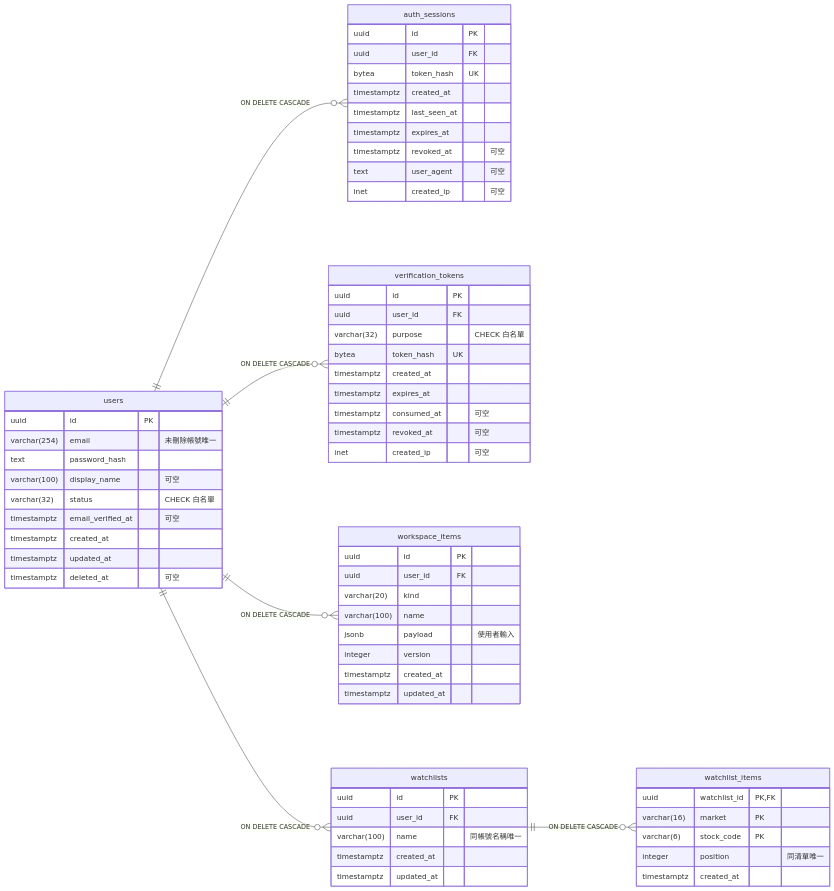
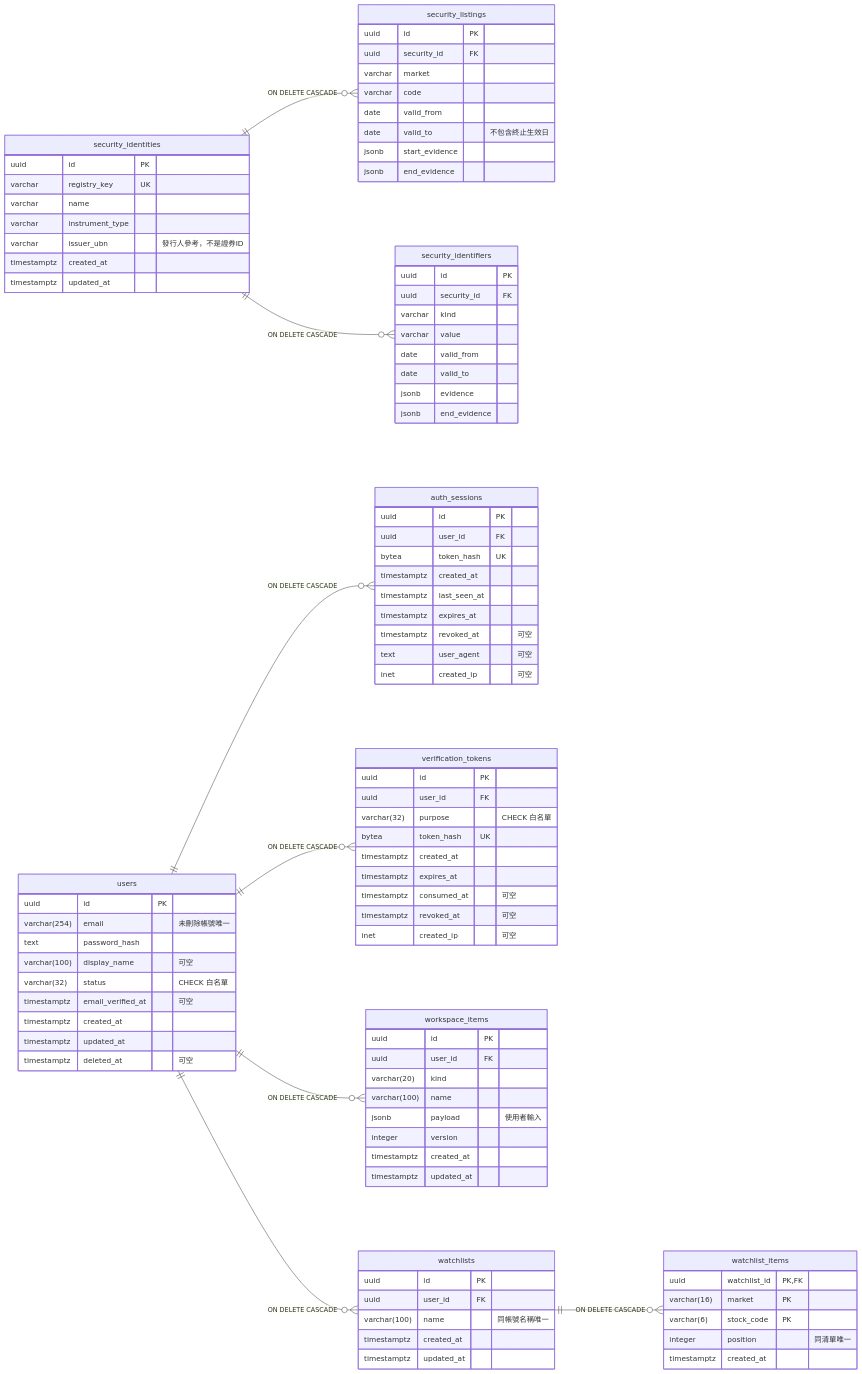
Before and after one commit to tw-stock-analysis/tw-stock-backend: the diagram in docs/database-er.md, drawn with Mermaid. The commit also changed other lines of this file and 29 other files, not shown here.

Commit message:
feat: add evidenced security identities and cross-stock research

````diff
--- a/docs/database-er.md
+++ b/docs/database-er.md
@@ -5,12 +5,43 @@
 ```mermaid
 erDiagram
     direction LR
+    security_identities ||--o{ security_listings : "ON DELETE CASCADE"
+    security_identities ||--o{ security_identifiers : "ON DELETE CASCADE"
     users ||--o{ auth_sessions : "ON DELETE CASCADE"
     users ||--o{ verification_tokens : "ON DELETE CASCADE"
     users ||--o{ workspace_items : "ON DELETE CASCADE"
     users ||--o{ watchlists : "ON DELETE CASCADE"
     watchlists ||--o{ watchlist_items : "ON DELETE CASCADE"
 
+    security_identities {
+        uuid id PK
+        varchar registry_key UK
+        varchar name
+        varchar instrument_type
+        varchar issuer_ubn "發行人參考，不是證券ID"
+        timestamptz created_at
+        timestamptz updated_at
+    }
+    security_listings {
+        uuid id PK
+        uuid security_id FK
+        varchar market
+        varchar code
+        date valid_from
+        date valid_to "不包含終止生效日"
+        jsonb start_evidence
+        jsonb end_evidence
+    }
+    security_identifiers {
+        uuid id PK
+        uuid security_id FK
+        varchar kind
+        varchar value
+        date valid_from
+        date valid_to
+        jsonb evidence
+        jsonb end_evidence
+    }
     users {
         uuid id PK
         varchar(254) email "未刪除帳號唯一"
````
